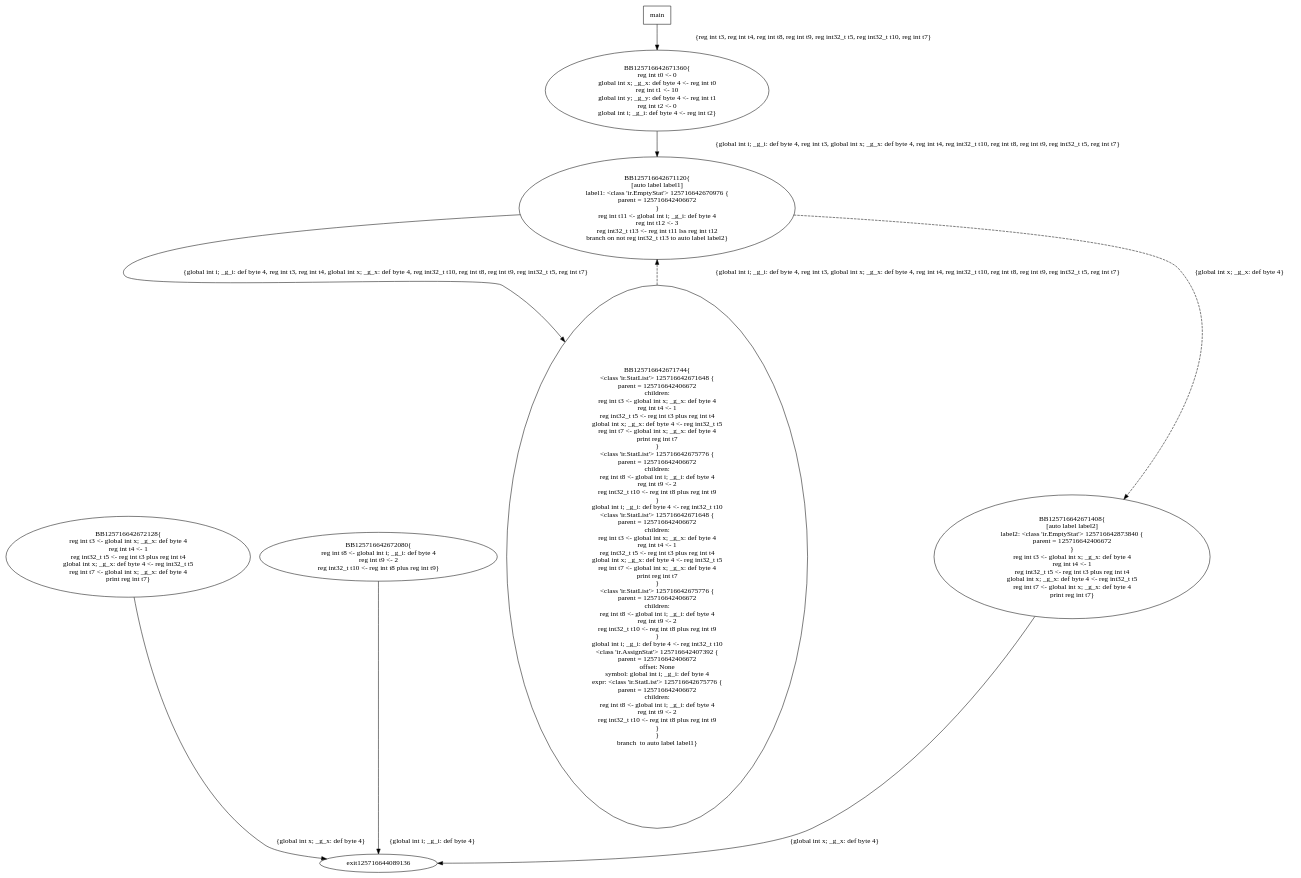
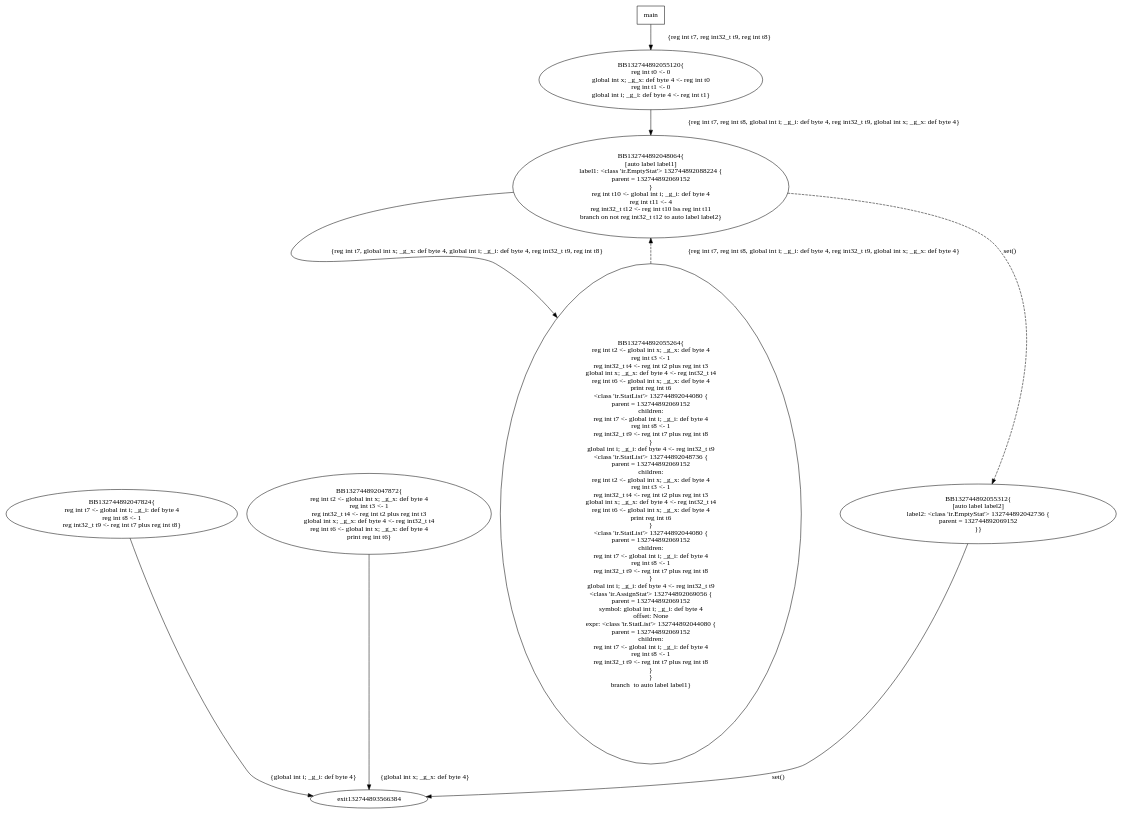
The diagram in cfg.dot (StefanoBordeianu/COT-Lab), drawn with Graphviz before and after one commit. The commit also changed 7 other files, not shown here.

```diff
--- a/cfg.dot
+++ b/cfg.dot
@@ -1,62 +1,53 @@
 digraph G {
-125716642672128 [label="BB125716642672128{\nreg int t3 <- global int x; _g_x: def byte 4\nreg int t4 <- 1\nreg int32_t t5 <- reg int t3 plus reg int t4\nglobal int x; _g_x: def byte 4 <- reg int32_t t5\nreg int t7 <- global int x; _g_x: def byte 4\nprint reg int t7}"];
-125716642672128 -> exit125716644089136 [label="{global int x; _g_x: def byte 4}"];
-125716642672080 [label="BB125716642672080{\nreg int t8 <- global int i; _g_i: def byte 4\nreg int t9 <- 2\nreg int32_t t10 <- reg int t8 plus reg int t9}"];
-125716642672080 -> exit125716644089136 [label="{global int i; _g_i: def byte 4}"];
-125716642671360 [label="BB125716642671360{\nreg int t0 <- 0\nglobal int x; _g_x: def byte 4 <- reg int t0\nreg int t1 <- 10\nglobal int y; _g_y: def byte 4 <- reg int t1\nreg int t2 <- 0\nglobal int i; _g_i: def byte 4 <- reg int t2}"];
-125716642671360 -> 125716642671120 [label="{global int i; _g_i: def byte 4, reg int t3, global int x; _g_x: def byte 4, reg int t4, reg int32_t t10, reg int t8, reg int t9, reg int32_t t5, reg int t7}"];
-125716642671120 [label="BB125716642671120{\n[auto label label1]\nlabel1: <class 'ir.EmptyStat'> 125716642670976 {
-parent = 125716642406672
-}\nreg int t11 <- global int i; _g_i: def byte 4\nreg int t12 <- 3\nreg int32_t t13 <- reg int t11 lss reg int t12\nbranch on not reg int32_t t13 to auto label label2}"];
-125716642671120 -> 125716642671744 [label="{global int i; _g_i: def byte 4, reg int t3, reg int t4, global int x; _g_x: def byte 4, reg int32_t t10, reg int t8, reg int t9, reg int32_t t5, reg int t7}"];
-125716642671120 -> 125716642671408 [style=dashed,label="{global int x; _g_x: def byte 4}"];
-125716642671744 [label="BB125716642671744{\n<class 'ir.StatList'> 125716642671648 {
-parent = 125716642406672
+132744892047824 [label="BB132744892047824{\nreg int t7 <- global int i; _g_i: def byte 4\nreg int t8 <- 1\nreg int32_t t9 <- reg int t7 plus reg int t8}"];
+132744892047824 -> exit132744893566384 [label="{global int i; _g_i: def byte 4}"];
+132744892047872 [label="BB132744892047872{\nreg int t2 <- global int x; _g_x: def byte 4\nreg int t3 <- 1\nreg int32_t t4 <- reg int t2 plus reg int t3\nglobal int x; _g_x: def byte 4 <- reg int32_t t4\nreg int t6 <- global int x; _g_x: def byte 4\nprint reg int t6}"];
+132744892047872 -> exit132744893566384 [label="{global int x; _g_x: def byte 4}"];
+132744892055120 [label="BB132744892055120{\nreg int t0 <- 0\nglobal int x; _g_x: def byte 4 <- reg int t0\nreg int t1 <- 0\nglobal int i; _g_i: def byte 4 <- reg int t1}"];
+132744892055120 -> 132744892048064 [label="{reg int t7, reg int t8, global int i; _g_i: def byte 4, reg int32_t t9, global int x; _g_x: def byte 4}"];
+132744892048064 [label="BB132744892048064{\n[auto label label1]\nlabel1: <class 'ir.EmptyStat'> 132744892088224 {
+parent = 132744892069152
+}\nreg int t10 <- global int i; _g_i: def byte 4\nreg int t11 <- 4\nreg int32_t t12 <- reg int t10 lss reg int t11\nbranch on not reg int32_t t12 to auto label label2}"];
+132744892048064 -> 132744892055264 [label="{reg int t7, global int x; _g_x: def byte 4, global int i; _g_i: def byte 4, reg int32_t t9, reg int t8}"];
+132744892048064 -> 132744892055312 [style=dashed,label="set()"];
+132744892055264 [label="BB132744892055264{\nreg int t2 <- global int x; _g_x: def byte 4\nreg int t3 <- 1\nreg int32_t t4 <- reg int t2 plus reg int t3\nglobal int x; _g_x: def byte 4 <- reg int32_t t4\nreg int t6 <- global int x; _g_x: def byte 4\nprint reg int t6\n<class 'ir.StatList'> 132744892044080 {
+parent = 132744892069152
 	children:
-	reg int t3 <- global int x; _g_x: def byte 4
-	reg int t4 <- 1
-	reg int32_t t5 <- reg int t3 plus reg int t4
-	global int x; _g_x: def byte 4 <- reg int32_t t5
-	reg int t7 <- global int x; _g_x: def byte 4
-	print reg int t7
-}\n<class 'ir.StatList'> 125716642675776 {
-parent = 125716642406672
+	reg int t7 <- global int i; _g_i: def byte 4
+	reg int t8 <- 1
+	reg int32_t t9 <- reg int t7 plus reg int t8
+}\nglobal int i; _g_i: def byte 4 <- reg int32_t t9\n<class 'ir.StatList'> 132744892048736 {
+parent = 132744892069152
 	children:
-	reg int t8 <- global int i; _g_i: def byte 4
-	reg int t9 <- 2
-	reg int32_t t10 <- reg int t8 plus reg int t9
-}\nglobal int i; _g_i: def byte 4 <- reg int32_t t10\n<class 'ir.StatList'> 125716642671648 {
-parent = 125716642406672
+	reg int t2 <- global int x; _g_x: def byte 4
+	reg int t3 <- 1
+	reg int32_t t4 <- reg int t2 plus reg int t3
+	global int x; _g_x: def byte 4 <- reg int32_t t4
+	reg int t6 <- global int x; _g_x: def byte 4
+	print reg int t6
+}\n<class 'ir.StatList'> 132744892044080 {
+parent = 132744892069152
 	children:
-	reg int t3 <- global int x; _g_x: def byte 4
-	reg int t4 <- 1
-	reg int32_t t5 <- reg int t3 plus reg int t4
-	global int x; _g_x: def byte 4 <- reg int32_t t5
-	reg int t7 <- global int x; _g_x: def byte 4
-	print reg int t7
-}\n<class 'ir.StatList'> 125716642675776 {
-parent = 125716642406672
-	children:
-	reg int t8 <- global int i; _g_i: def byte 4
-	reg int t9 <- 2
-	reg int32_t t10 <- reg int t8 plus reg int t9
-}\nglobal int i; _g_i: def byte 4 <- reg int32_t t10\n<class 'ir.AssignStat'> 125716642407392 {
-parent = 125716642406672
+	reg int t7 <- global int i; _g_i: def byte 4
+	reg int t8 <- 1
+	reg int32_t t9 <- reg int t7 plus reg int t8
+}\nglobal int i; _g_i: def byte 4 <- reg int32_t t9\n<class 'ir.AssignStat'> 132744892069056 {
+parent = 132744892069152
+	symbol: 	global int i; _g_i: def byte 4
 	offset: 	None
-	symbol: 	global int i; _g_i: def byte 4
-	expr: 	<class 'ir.StatList'> 125716642675776 {
-	parent = 125716642406672
+	expr: 	<class 'ir.StatList'> 132744892044080 {
+	parent = 132744892069152
 		children:
-		reg int t8 <- global int i; _g_i: def byte 4
-		reg int t9 <- 2
-		reg int32_t t10 <- reg int t8 plus reg int t9
+		reg int t7 <- global int i; _g_i: def byte 4
+		reg int t8 <- 1
+		reg int32_t t9 <- reg int t7 plus reg int t8
 	}
 }\nbranch  to auto label label1}"];
-125716642671744 -> 125716642671120 [style=dashed,label="{global int i; _g_i: def byte 4, reg int t3, global int x; _g_x: def byte 4, reg int t4, reg int32_t t10, reg int t8, reg int t9, reg int32_t t5, reg int t7}"];
-125716642671408 [label="BB125716642671408{\n[auto label label2]\nlabel2: <class 'ir.EmptyStat'> 125716642873840 {
-parent = 125716642406672
-}\nreg int t3 <- global int x; _g_x: def byte 4\nreg int t4 <- 1\nreg int32_t t5 <- reg int t3 plus reg int t4\nglobal int x; _g_x: def byte 4 <- reg int32_t t5\nreg int t7 <- global int x; _g_x: def byte 4\nprint reg int t7}"];
-125716642671408 -> exit125716644089136 [label="{global int x; _g_x: def byte 4}"];
+132744892055264 -> 132744892048064 [style=dashed,label="{reg int t7, reg int t8, global int i; _g_i: def byte 4, reg int32_t t9, global int x; _g_x: def byte 4}"];
+132744892055312 [label="BB132744892055312{\n[auto label label2]\nlabel2: <class 'ir.EmptyStat'> 132744892042736 {
+parent = 132744892069152
+}}"];
+132744892055312 -> exit132744893566384 [label="set()"];
 main [shape=box];
-main -> 125716642671360 [label="{reg int t3, reg int t4, reg int t8, reg int t9, reg int32_t t5, reg int32_t t10, reg int t7}"];
+main -> 132744892055120 [label="{reg int t7, reg int32_t t9, reg int t8}"];
 }
```
